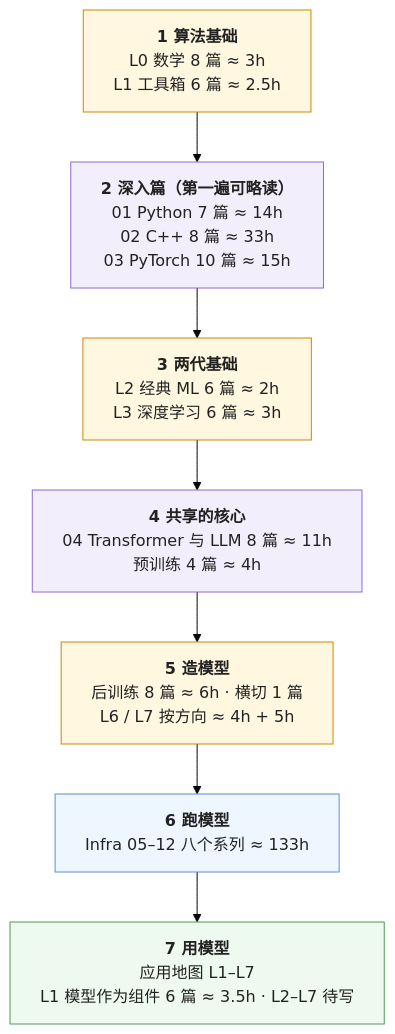
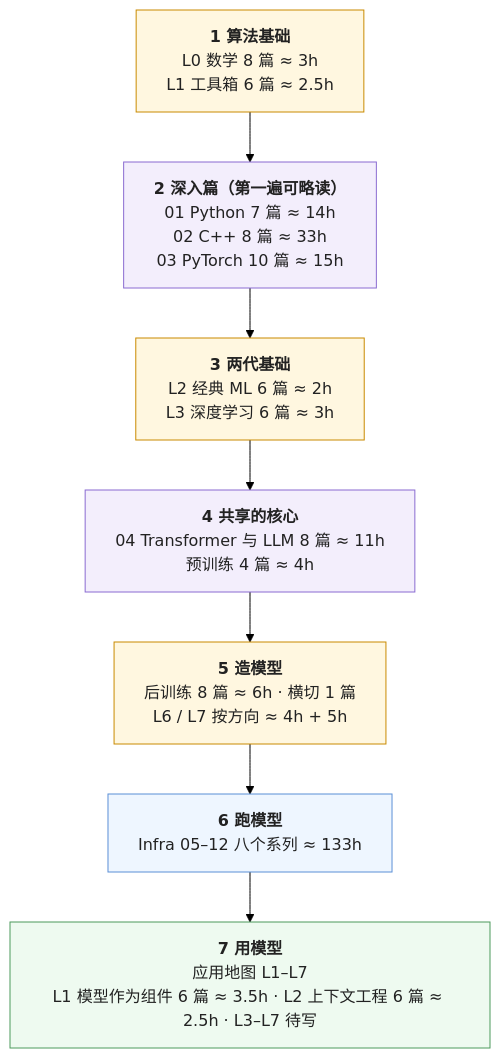
One commit to arganzheng/arganzheng.github.com changed the second of 2 diagrams in _posts/2026-01-01-ai-fullstack-learning-roadmap.md. Above: the diagram before and after it, drawn with Mermaid (forest theme). The commit also changed other lines of this file and 4 other files, not shown here.

Commit message:
Prompt 与上下文工程 07 总结自测；应用地图与全栈地图登记 L2 系列

````diff
--- a/_posts/2026-01-01-ai-fullstack-learning-roadmap.md
+++ b/_posts/2026-01-01-ai-fullstack-learning-roadmap.md
@@ -134,35 +134,35 @@
 ```mermaid
 %%{init: {"flowchart": {"wrappingWidth": 420}}}%%
 flowchart TB
     S1["`**1 算法基础**
 L0 数学 8 篇 ≈ 3h
 L1 工具箱 6 篇 ≈ 2.5h`"]
     S2["`**2 深入篇（第一遍可略读）**
 01 Python 7 篇 ≈ 14h
 02 C++ 8 篇 ≈ 33h
 03 PyTorch 10 篇 ≈ 15h`"]
     S3["`**3 两代基础**
 L2 经典 ML 6 篇 ≈ 2h
 L3 深度学习 6 篇 ≈ 3h`"]
     S4["`**4 共享的核心**
 04 Transformer 与 LLM 8 篇 ≈ 11h
 预训练 4 篇 ≈ 4h`"]
     S5["`**5 造模型**
 后训练 8 篇 ≈ 6h · 横切 1 篇
 L6 / L7 按方向 ≈ 4h + 5h`"]
     S6["`**6 跑模型**
 Infra 05–12 八个系列 ≈ 133h`"]
     S7["`**7 用模型**
 应用地图 L1–L7
-L1 模型作为组件 6 篇 ≈ 3.5h · L2–L7 待写`"]
+L1 模型作为组件 6 篇 ≈ 3.5h · L2 上下文工程 6 篇 ≈ 2.5h · L3–L7 待写`"]
     S1 --> S2 --> S3 --> S4 --> S5 --> S6 --> S7
 
     classDef algo fill:#fff7e0,stroke:#c98a00,stroke-width:1px,color:#222
     classDef infra fill:#eef6ff,stroke:#5b8fd6,stroke-width:1px,color:#222
     classDef app fill:#eefaf0,stroke:#4d9a5c,stroke-width:1px,color:#222
     classDef shared fill:#f3eefc,stroke:#8a6bd1,stroke-width:1px,color:#222
     class S1,S3,S5 algo
     class S2,S4 shared
     class S6 infra
     class S7 app
 ```
````
